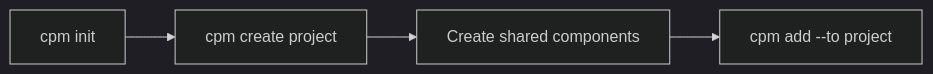
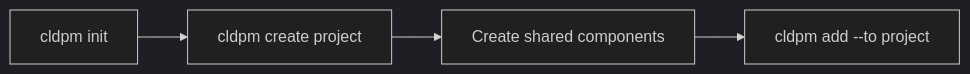
The first of 3 diagrams in docs/concepts.mdx (transilienceai/cldpm), drawn with Mermaid (dark theme) before and after one commit. The commit also changed other lines of this file and 148 other files, not shown here.

Commit message:
chore: update the package name from cpm to cldpm

````diff
--- a/docs/concepts.mdx
+++ b/docs/concepts.mdx
@@ -173,6 +173,6 @@
 ```mermaid
 flowchart LR
-    A[cpm init] --> B[cpm create project]
+    A[cldpm init] --> B[cldpm create project]
     B --> C[Create shared components]
-    C --> D[cpm add --to project]
+    C --> D[cldpm add --to project]
 ```
````
